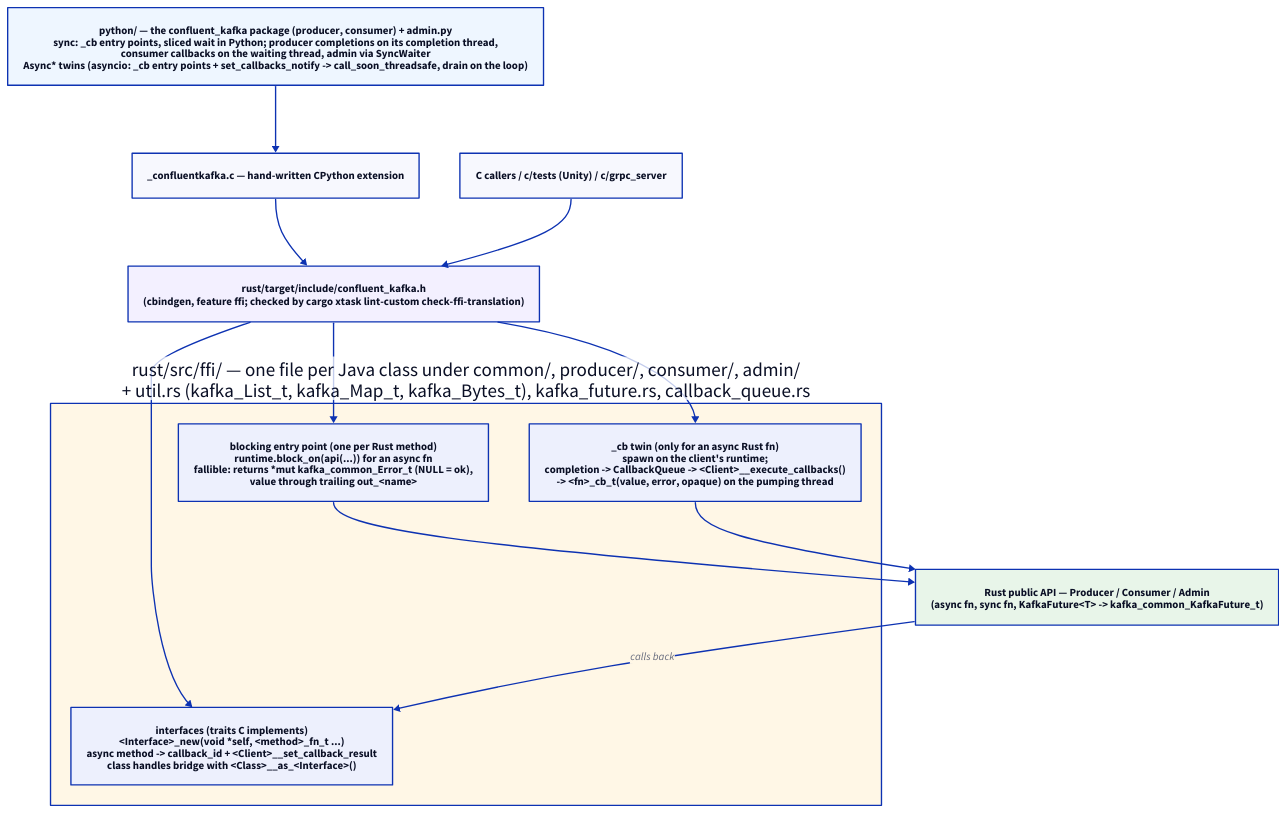
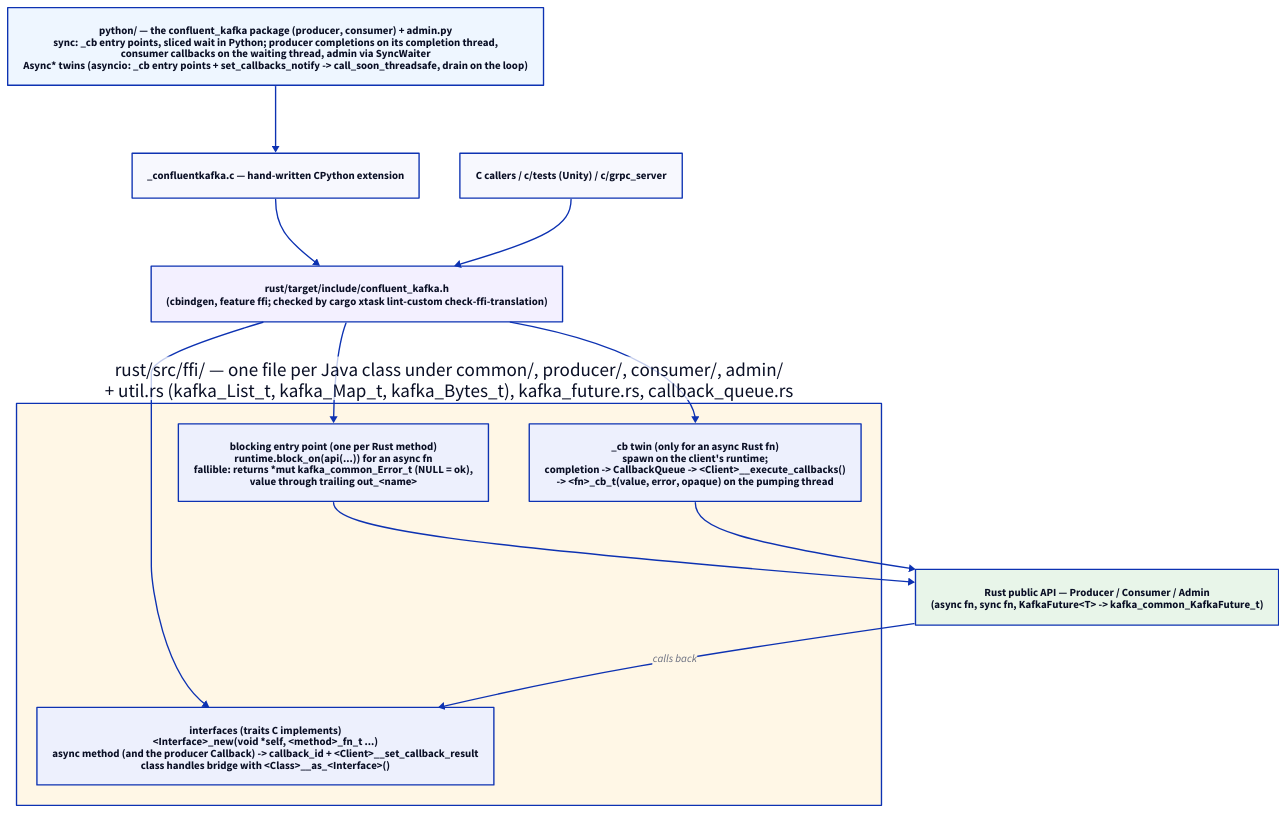
The diagram in design/current/img/bindings-layering.d2 (confluentinc/kafka-clients), drawn with D2 before and after one commit. The commit also changed 26 other files, not shown here.

```diff
--- a/design/current/img/bindings-layering.d2
+++ b/design/current/img/bindings-layering.d2
@@ -1,44 +1,44 @@
 # How the C and Python bindings sit on the async Rust API.
 #
 # Source of truth for design/current/img/bindings-layering.svg.
 # Render with: make -C design/current d2
 #
 # The point of this diagram: the C API mirrors the Rust (and so the Java)
 # surface one-to-one under CLAUDE.md §4 -- a blocking entry point per Rust
 # `async fn` plus a `_cb` twin whose completion is queued on the client's
 # callbacks vector and run by `__execute_callbacks` on a caller thread; a
 # sync Rust `fn` crosses once. No Rust thread ever runs a user callback.
 # Both bindings are thin layers over that surface.
 
 direction: down
 
 py: "python/ — the confluent_kafka package (producer, consumer) + admin.py\nsync: _cb entry points, sliced wait in Python; producer completions on its completion thread,\nconsumer callbacks on the waiting thread, admin via SyncWaiter\nAsync* twins (asyncio: _cb entry points + set_callbacks_notify -> call_soon_threadsafe, drain on the loop)" {
   style.fill: "#eef6ff"
 }
 pyext: "_confluentkafka.c — hand-written CPython extension"
 c: "C callers / c/tests (Unity) / c/grpc_server"
 
 header: "rust/target/include/confluent_kafka.h\n(cbindgen, feature ffi; checked by cargo xtask lint-custom check-ffi-translation)" {
   style.fill: "#f3f0ff"
 }
 
 ffi: "rust/src/ffi/ — one file per Java class under common/, producer/, consumer/, admin/\n+ util.rs (kafka_List_t, kafka_Map_t, kafka_Bytes_t), kafka_future.rs, callback_queue.rs" {
   style.fill: "#fff7e6"
 
   sync: "blocking entry point (one per Rust method)\nruntime.block_on(api(...)) for an async fn\nfallible: returns *mut kafka_common_Error_t (NULL = ok),\nvalue through trailing out_<name>"
   cb: "_cb twin (only for an async Rust fn)\nspawn on the client's runtime;\ncompletion -> CallbackQueue -> <Client>__execute_callbacks()\n-> <fn>_cb_t(value, error, opaque) on the pumping thread"
-  iface: "interfaces (traits C implements)\n<Interface>_new(void *self, <method>_fn_t ...)\nasync method -> callback_id + <Client>__set_callback_result\nclass handles bridge with <Class>__as_<Interface>()"
+  iface: "interfaces (traits C implements)\n<Interface>_new(void *self, <method>_fn_t ...)\nasync method (and the producer Callback) -> callback_id + <Client>__set_callback_result\nclass handles bridge with <Class>__as_<Interface>()"
 }
 
 core: "Rust public API — Producer / Consumer / Admin\n(async fn, sync fn, KafkaFuture<T> -> kafka_common_KafkaFuture_t)" {
   style.fill: "#e8f5e9"
 }
 
 py -> pyext -> header
 c -> header
 header -> ffi.sync
 header -> ffi.cb
 header -> ffi.iface
 ffi.sync -> core
 ffi.cb -> core
 core -> ffi.iface: "calls back"
```
